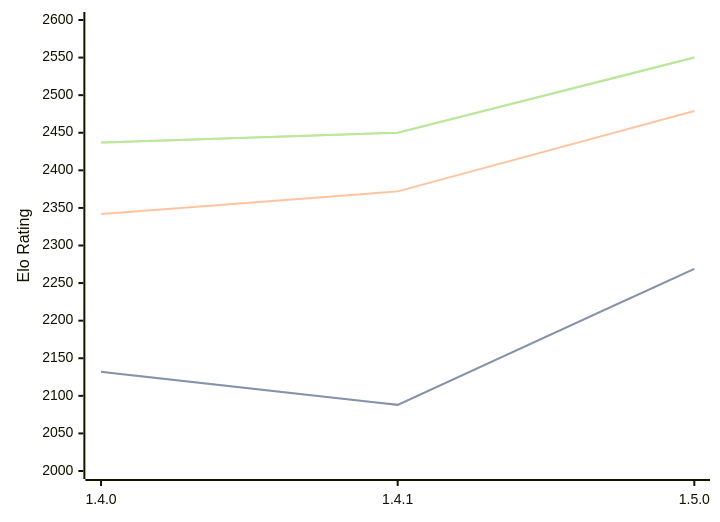
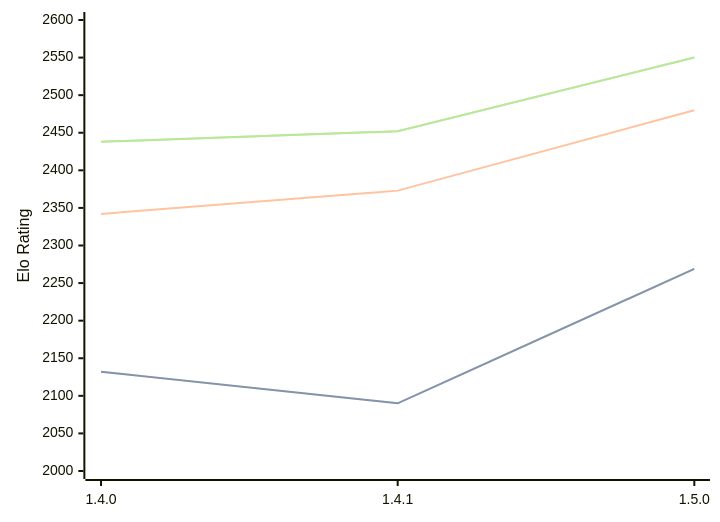
Before and after one commit to computer-chess-index/cci: the diagram in engines/Tofiks.md, drawn with Mermaid. The commit also changed other lines of this file, not shown here.

Commit message:
Update CCI Ratings (ELO VLTC) - 2026-05-17

````diff
--- a/engines/Tofiks.md
+++ b/engines/Tofiks.md
@@ -37,11 +37,11 @@
 ```mermaid
 %%{init: {"theme":"base","themeVariables":{"seriesColors:['#a3a3a3','#222221','#faa371']}}}%%
 xychart-beta
   x-axis ["1.4.0", "1.4.1", "1.5.0"]
   y-axis "Elo Rating" 2000 --> 2600
-  line "STC (8.0+0.08s)" [2132, 2088, 2269]
-  line "STC (8.0+0.08s)" [2132, 2088, 2269]
-  line "LTC (60.0+0.60s)" [2342, 2372, 2479]
-  line "VLTC (2m24s+1.12s)" [2437, 2450, 2550]
-  line "VLTC (2m24s+1.12s)" [2437, 2450, 2550]
+  line "STC (8.0+0.08s)" [2132, 2090, 2269]
+  line "STC (8.0+0.08s)" [2132, 2090, 2269]
+  line "LTC (60.0+0.60s)" [2342, 2373, 2480]
+  line "VLTC (2m24s+1.12s)" [2438, 2452, 2550]
+  line "VLTC (2m24s+1.12s)" [2438, 2452, 2550]
 ```
````
